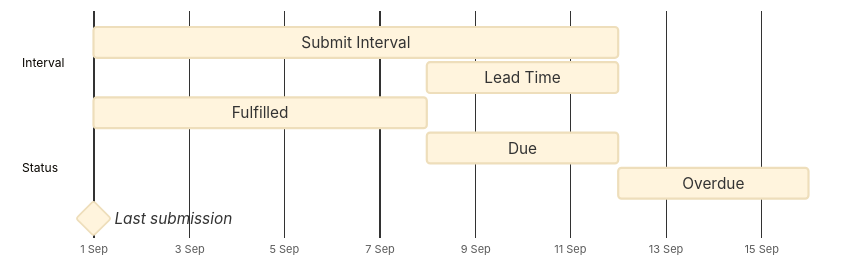
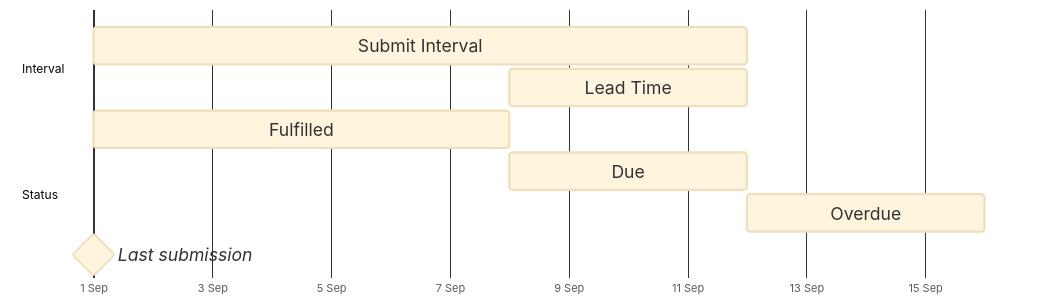
The diagram in docs/drafts/intervals-and-lead-times.md (opus-safety/opus-knowledge-base), drawn with Mermaid before and after one commit.

Commit message:
Update intervals and lead times
Published via More Buttons Chrome Extension

````diff
--- a/docs/drafts/intervals-and-lead-times.md
+++ b/docs/drafts/intervals-and-lead-times.md
@@ -15,27 +15,27 @@
 ```mermaid
 ---
 config:
   theme: base
   gantt:
-    useWidth: 800
-    barHeight: 28
-    fontSize: 14
+    useWidth: 960
+    barHeight: 34
+    fontSize: 16
   themeVariables:
     sectionBkgColor: transparent
     altSectionBkgColor: transparent
     sectionBkgColor2: transparent
   themeCSS: "[id$='-i']{fill:#9ca3af26 !important;stroke:#7d8590 !important;stroke-width:2px;}[id$='-l']{fill:#7d859026 !important;stroke:#57606a !important;stroke-width:2px;}[id$='-s']{fill:#22c55e26 !important;stroke:#16a34a !important;stroke-width:2px;}[id$='-d']{fill:#f59e0b26 !important;stroke:#d97706 !important;stroke-width:2px;}[id$='-o']{fill:#ef444426 !important;stroke:#dc2626 !important;stroke-width:2px;}[id$='-m1']{fill:#57606a !important;stroke:#374151 !important;}.grid .tick line{stroke:none !important;}.grid .tick:first-of-type line{stroke:#9ca3af !important;}.grid .tick text{display:none;}.sectionTitle{display:none;}rect.section{fill:transparent !important;}text.taskText,text.taskTextOutsideRight,text.taskTextOutsideLeft,text.taskTextOutside0,text.taskTextOutside1,text.milestoneText{fill:currentColor !important;}"
 ---
 gantt
   dateFormat YYYY-MM-DD
   axisFormat %e %b
   todayMarker off
   section Interval
     Submit Interval : i, 2026-09-01, 11d
     Lead Time : l, 2026-09-08, 4d
   section Status
     Fulfilled : s, 2026-09-01, 7d
     Due : d, 2026-09-08, 4d
     Overdue : o, 2026-09-12, 4d
     Last submission : milestone, m1, 2026-09-01, 0d
 ```
````
